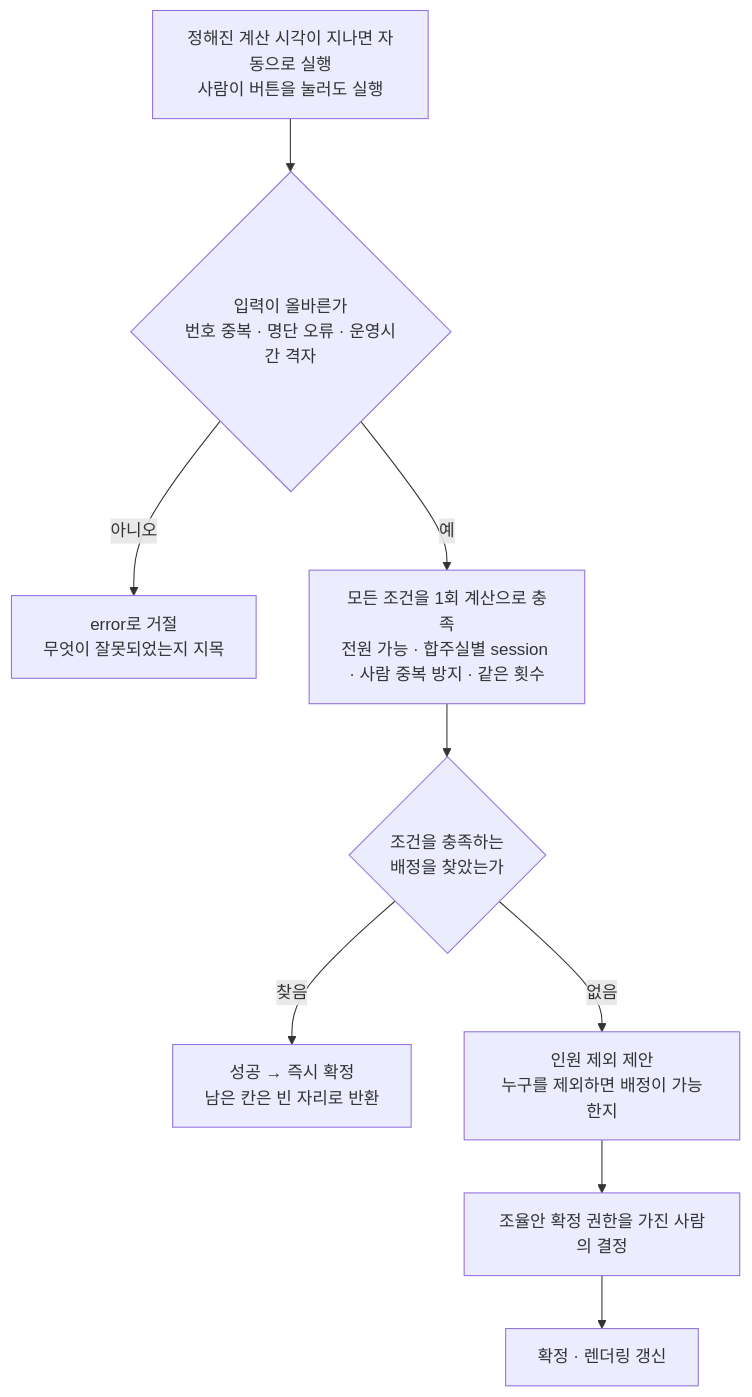
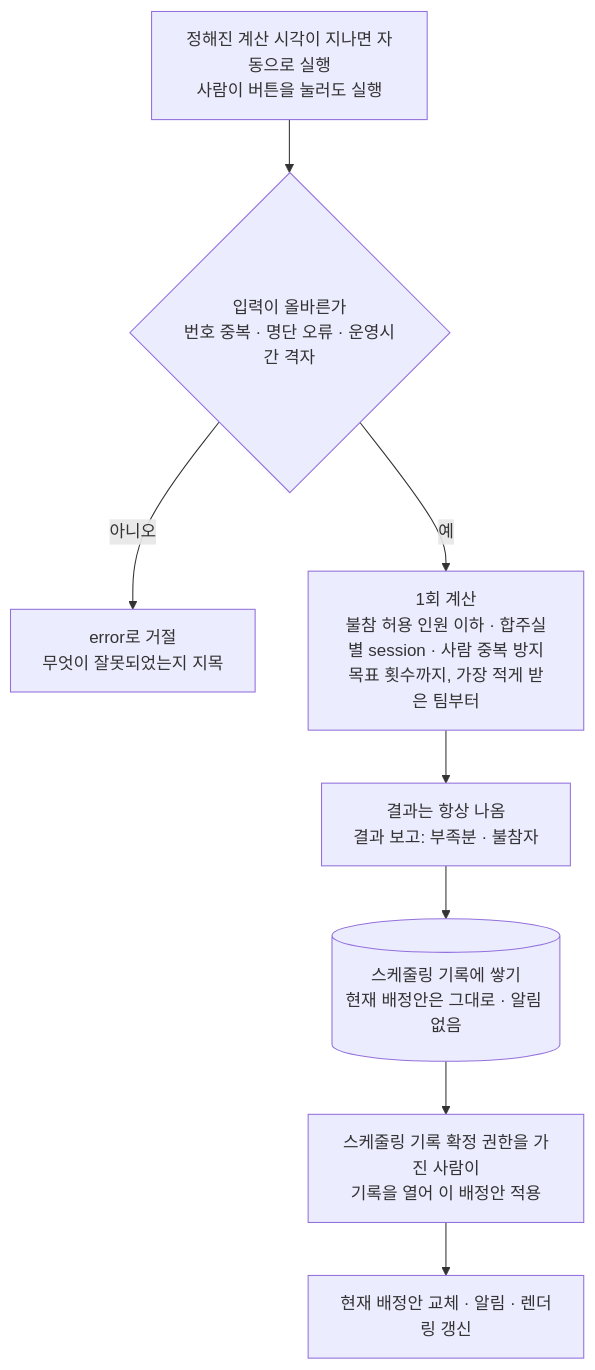
The first of 3 diagrams in .cluedoc/auto-assignment/auto-assignment.md (minkong-dev/Banblit), drawn with Mermaid before and after one commit. The commit also changed other lines of this file and 40 other files, not shown here.

````diff
--- a/.cluedoc/auto-assignment/auto-assignment.md
+++ b/.cluedoc/auto-assignment/auto-assignment.md
@@ -29,11 +29,10 @@
 ```mermaid
 flowchart TD
     T[정해진 계산 시각이 지나면 자동으로 실행<br/>사람이 버튼을 눌러도 실행] --> V{입력이 올바른가<br/>번호 중복 · 명단 오류 · 운영시간 격자}
     V -->|아니오| E[error로 거절<br/>무엇이 잘못되었는지 지목]
-    V -->|예| S[모든 조건을 1회 계산으로 충족<br/>전원 가능 · 합주실별 session · 사람 중복 방지 · 같은 횟수]
-    S --> Q{조건을 충족하는<br/>배정을 찾았는가}
-    Q -->|찾음| OK[성공 → 즉시 확정<br/>남은 칸은 빈 자리로 반환]
-    Q -->|없음| P[인원 제외 제안<br/>누구를 제외하면 배정이 가능한지]
-    P --> H[조율안 확정 권한을 가진 사람의 결정]
-    H --> C[확정 · 렌더링 갱신]
+    V -->|예| S[1회 계산<br/>불참 허용 인원 이하 · 합주실별 session · 사람 중복 방지<br/>목표 횟수까지, 가장 적게 받은 팀부터]
+    S --> R[결과는 항상 나옴<br/>결과 보고: 부족분 · 불참자]
+    R --> B[(스케줄링 기록에 쌓기<br/>현재 배정안은 그대로 · 알림 없음)]
+    B --> H[스케줄링 기록 확정 권한을 가진 사람이<br/>기록을 열어 이 배정안 적용]
+    H --> C[현재 배정안 교체 · 알림 · 렌더링 갱신]
 ```
````
